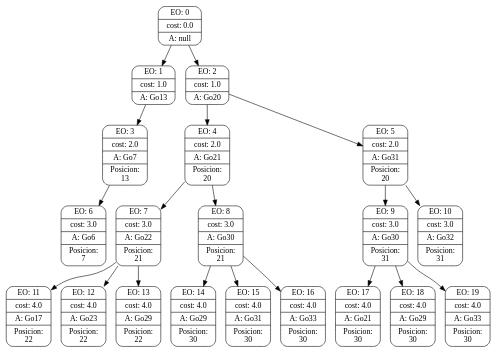
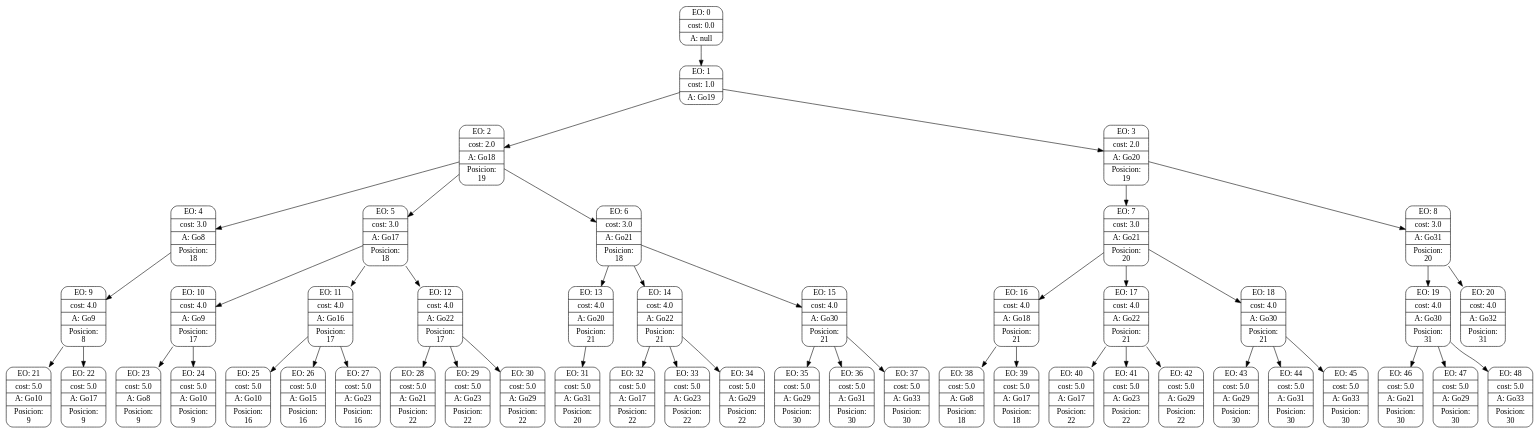
The diagram in searchGVTrees/7.dot (lniklison/TP-Inteligencia-artificial), drawn with Graphviz before and after one commit. The commit also changed 25 other files, not shown here.

```diff
--- a/searchGVTrees/7.dot
+++ b/searchGVTrees/7.dot
@@ -1,63 +1,150 @@
 digraph g {
 node [shape = Mrecord];
 nodo0[label="{EO: 0|cost: 0.0|A: null}"]
-nodo1[label="{EO: 1|cost: 1.0|A: Go13}"]
-nodo3[label="{EO: 3|cost: 2.0|A: Go7|Posicion:\n13}"]
-nodo6[label="{EO: 6|cost: 3.0|A: Go6|Posicion:\n7}"]
+nodo1[label="{EO: 1|cost: 1.0|A: Go19}"]
+nodo2[label="{EO: 2|cost: 2.0|A: Go18|Posicion:\n19}"]
+nodo4[label="{EO: 4|cost: 3.0|A: Go8|Posicion:\n18}"]
+nodo9[label="{EO: 9|cost: 4.0|A: Go9|Posicion:\n8}"]
+nodo21[label="{EO: 21|cost: 5.0|A: Go10|Posicion:\n9}"]
 
-nodo3 -> nodo6;
+nodo9 -> nodo21;
+nodo22[label="{EO: 22|cost: 5.0|A: Go17|Posicion:\n9}"]
+
+nodo9 -> nodo22;
+
+nodo4 -> nodo9;
+
+nodo2 -> nodo4;
+nodo5[label="{EO: 5|cost: 3.0|A: Go17|Posicion:\n18}"]
+nodo10[label="{EO: 10|cost: 4.0|A: Go9|Posicion:\n17}"]
+nodo23[label="{EO: 23|cost: 5.0|A: Go8|Posicion:\n9}"]
+
+nodo10 -> nodo23;
+nodo24[label="{EO: 24|cost: 5.0|A: Go10|Posicion:\n9}"]
+
+nodo10 -> nodo24;
+
+nodo5 -> nodo10;
+nodo11[label="{EO: 11|cost: 4.0|A: Go16|Posicion:\n17}"]
+nodo25[label="{EO: 25|cost: 5.0|A: Go10|Posicion:\n16}"]
+
+nodo11 -> nodo25;
+nodo26[label="{EO: 26|cost: 5.0|A: Go15|Posicion:\n16}"]
+
+nodo11 -> nodo26;
+nodo27[label="{EO: 27|cost: 5.0|A: Go23|Posicion:\n16}"]
+
+nodo11 -> nodo27;
+
+nodo5 -> nodo11;
+nodo12[label="{EO: 12|cost: 4.0|A: Go22|Posicion:\n17}"]
+nodo28[label="{EO: 28|cost: 5.0|A: Go21|Posicion:\n22}"]
+
+nodo12 -> nodo28;
+nodo29[label="{EO: 29|cost: 5.0|A: Go23|Posicion:\n22}"]
+
+nodo12 -> nodo29;
+nodo30[label="{EO: 30|cost: 5.0|A: Go29|Posicion:\n22}"]
+
+nodo12 -> nodo30;
+
+nodo5 -> nodo12;
+
+nodo2 -> nodo5;
+nodo6[label="{EO: 6|cost: 3.0|A: Go21|Posicion:\n18}"]
+nodo13[label="{EO: 13|cost: 4.0|A: Go20|Posicion:\n21}"]
+nodo31[label="{EO: 31|cost: 5.0|A: Go31|Posicion:\n20}"]
+
+nodo13 -> nodo31;
+
+nodo6 -> nodo13;
+nodo14[label="{EO: 14|cost: 4.0|A: Go22|Posicion:\n21}"]
+nodo32[label="{EO: 32|cost: 5.0|A: Go17|Posicion:\n22}"]
+
+nodo14 -> nodo32;
+nodo33[label="{EO: 33|cost: 5.0|A: Go23|Posicion:\n22}"]
+
+nodo14 -> nodo33;
+nodo34[label="{EO: 34|cost: 5.0|A: Go29|Posicion:\n22}"]
+
+nodo14 -> nodo34;
+
+nodo6 -> nodo14;
+nodo15[label="{EO: 15|cost: 4.0|A: Go30|Posicion:\n21}"]
+nodo35[label="{EO: 35|cost: 5.0|A: Go29|Posicion:\n30}"]
+
+nodo15 -> nodo35;
+nodo36[label="{EO: 36|cost: 5.0|A: Go31|Posicion:\n30}"]
+
+nodo15 -> nodo36;
+nodo37[label="{EO: 37|cost: 5.0|A: Go33|Posicion:\n30}"]
+
+nodo15 -> nodo37;
+
+nodo6 -> nodo15;
+
+nodo2 -> nodo6;
+
+nodo1 -> nodo2;
+nodo3[label="{EO: 3|cost: 2.0|A: Go20|Posicion:\n19}"]
+nodo7[label="{EO: 7|cost: 3.0|A: Go21|Posicion:\n20}"]
+nodo16[label="{EO: 16|cost: 4.0|A: Go18|Posicion:\n21}"]
+nodo38[label="{EO: 38|cost: 5.0|A: Go8|Posicion:\n18}"]
+
+nodo16 -> nodo38;
+nodo39[label="{EO: 39|cost: 5.0|A: Go17|Posicion:\n18}"]
+
+nodo16 -> nodo39;
+
+nodo7 -> nodo16;
+nodo17[label="{EO: 17|cost: 4.0|A: Go22|Posicion:\n21}"]
+nodo40[label="{EO: 40|cost: 5.0|A: Go17|Posicion:\n22}"]
+
+nodo17 -> nodo40;
+nodo41[label="{EO: 41|cost: 5.0|A: Go23|Posicion:\n22}"]
+
+nodo17 -> nodo41;
+nodo42[label="{EO: 42|cost: 5.0|A: Go29|Posicion:\n22}"]
+
+nodo17 -> nodo42;
+
+nodo7 -> nodo17;
+nodo18[label="{EO: 18|cost: 4.0|A: Go30|Posicion:\n21}"]
+nodo43[label="{EO: 43|cost: 5.0|A: Go29|Posicion:\n30}"]
+
+nodo18 -> nodo43;
+nodo44[label="{EO: 44|cost: 5.0|A: Go31|Posicion:\n30}"]
+
+nodo18 -> nodo44;
+nodo45[label="{EO: 45|cost: 5.0|A: Go33|Posicion:\n30}"]
+
+nodo18 -> nodo45;
+
+nodo7 -> nodo18;
+
+nodo3 -> nodo7;
+nodo8[label="{EO: 8|cost: 3.0|A: Go31|Posicion:\n20}"]
+nodo19[label="{EO: 19|cost: 4.0|A: Go30|Posicion:\n31}"]
+nodo46[label="{EO: 46|cost: 5.0|A: Go21|Posicion:\n30}"]
+
+nodo19 -> nodo46;
+nodo47[label="{EO: 47|cost: 5.0|A: Go29|Posicion:\n30}"]
+
+nodo19 -> nodo47;
+nodo48[label="{EO: 48|cost: 5.0|A: Go33|Posicion:\n30}"]
+
+nodo19 -> nodo48;
+
+nodo8 -> nodo19;
+nodo20[label="{EO: 20|cost: 4.0|A: Go32|Posicion:\n31}"]
+
+nodo8 -> nodo20;
+
+nodo3 -> nodo8;
 
 nodo1 -> nodo3;
 
 nodo0 -> nodo1;
-nodo2[label="{EO: 2|cost: 1.0|A: Go20}"]
-nodo4[label="{EO: 4|cost: 2.0|A: Go21|Posicion:\n20}"]
-nodo7[label="{EO: 7|cost: 3.0|A: Go22|Posicion:\n21}"]
-nodo11[label="{EO: 11|cost: 4.0|A: Go17|Posicion:\n22}"]
-
-nodo7 -> nodo11;
-nodo12[label="{EO: 12|cost: 4.0|A: Go23|Posicion:\n22}"]
-
-nodo7 -> nodo12;
-nodo13[label="{EO: 13|cost: 4.0|A: Go29|Posicion:\n22}"]
-
-nodo7 -> nodo13;
-
-nodo4 -> nodo7;
-nodo8[label="{EO: 8|cost: 3.0|A: Go30|Posicion:\n21}"]
-nodo14[label="{EO: 14|cost: 4.0|A: Go29|Posicion:\n30}"]
-
-nodo8 -> nodo14;
-nodo15[label="{EO: 15|cost: 4.0|A: Go31|Posicion:\n30}"]
-
-nodo8 -> nodo15;
-nodo16[label="{EO: 16|cost: 4.0|A: Go33|Posicion:\n30}"]
-
-nodo8 -> nodo16;
-
-nodo4 -> nodo8;
-
-nodo2 -> nodo4;
-nodo5[label="{EO: 5|cost: 2.0|A: Go31|Posicion:\n20}"]
-nodo9[label="{EO: 9|cost: 3.0|A: Go30|Posicion:\n31}"]
-nodo17[label="{EO: 17|cost: 4.0|A: Go21|Posicion:\n30}"]
-
-nodo9 -> nodo17;
-nodo18[label="{EO: 18|cost: 4.0|A: Go29|Posicion:\n30}"]
-
-nodo9 -> nodo18;
-nodo19[label="{EO: 19|cost: 4.0|A: Go33|Posicion:\n30}"]
-
-nodo9 -> nodo19;
-
-nodo5 -> nodo9;
-nodo10[label="{EO: 10|cost: 3.0|A: Go32|Posicion:\n31}"]
-
-nodo5 -> nodo10;
-
-nodo2 -> nodo5;
-
-nodo0 -> nodo2;
 
 
 }
```
